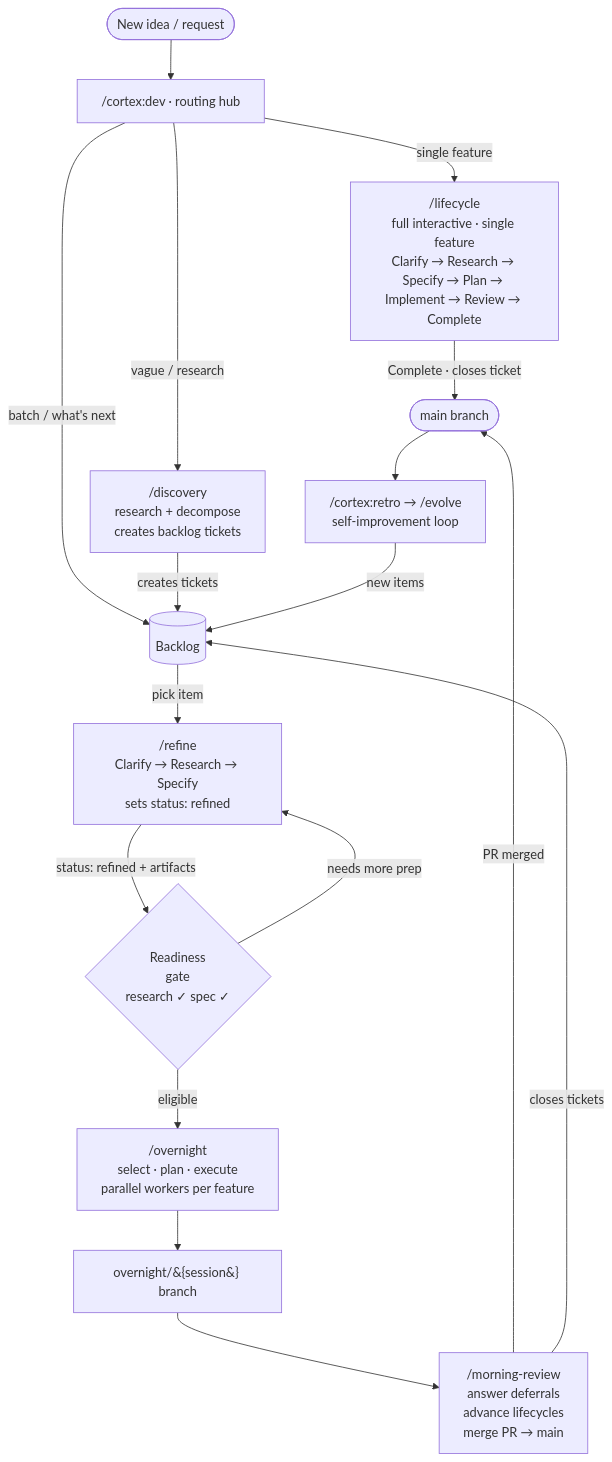
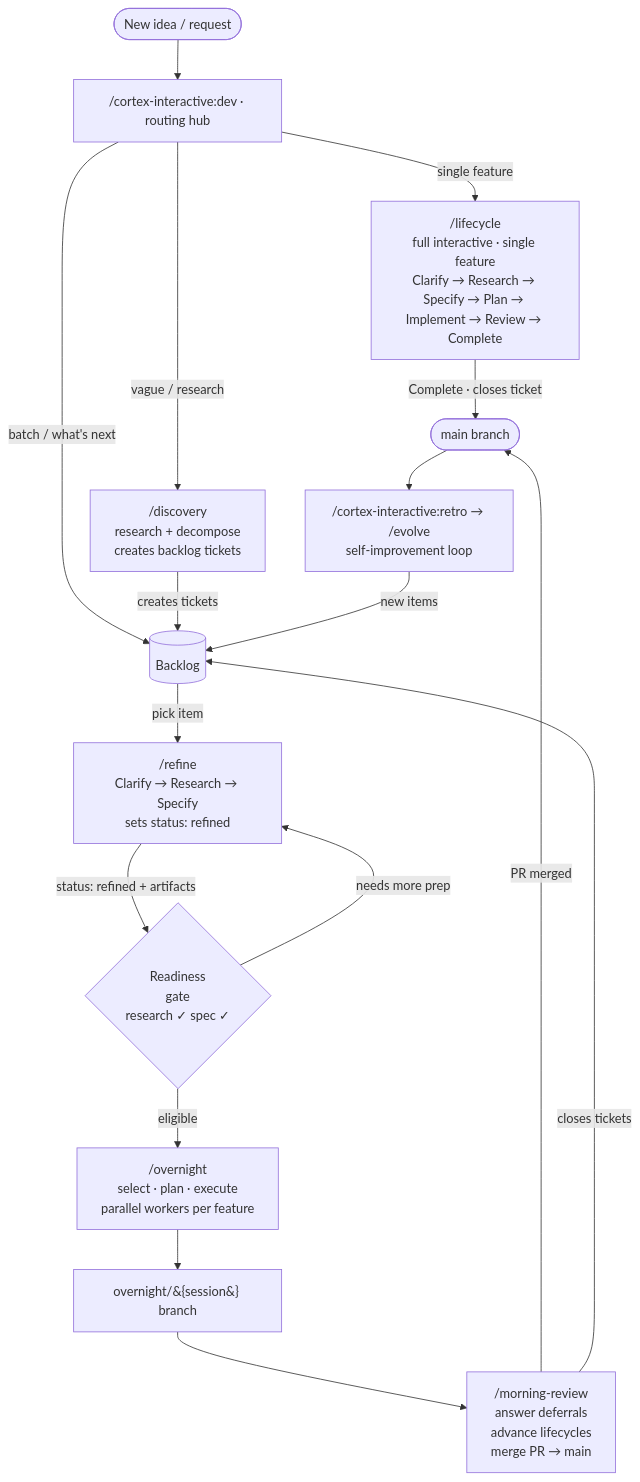
One commit to charleshall888/cortex-command changed the diagram in docs/agentic-layer.md. Above: the diagram before and after it, drawn with Mermaid. The commit also changed other lines of this file and 76 other files, not shown here.

````diff
--- a/docs/agentic-layer.md
+++ b/docs/agentic-layer.md
@@ -72,43 +72,43 @@
 ```mermaid
 graph TD
     START([New idea / request])
-    DEV["/cortex:dev · routing hub"]
+    DEV["/cortex-interactive:dev · routing hub"]
 
     LC["/lifecycle\nfull interactive · single feature\nClarify → Research → Specify → Plan → Implement → Review → Complete"]
     DISC["/discovery\nresearch + decompose\ncreates backlog tickets"]
     BACKLOG[("Backlog")]
 
     REFINE["/refine\nClarify → Research → Specify\nsets status: refined"]
     GATE{"Readiness\ngate\nresearch ✓  spec ✓"}
 
     OVN["/overnight\nselect · plan · execute\nparallel workers per feature"]
     INTBR["overnight/&#123;session&#125; branch"]
 
     MR["/morning-review\nanswer deferrals\nadvance lifecycles\nmerge PR → main"]
 
-    EVOLVE["/cortex:retro → /evolve\nself-improvement loop"]
+    EVOLVE["/cortex-interactive:retro → /evolve\nself-improvement loop"]
 
     MAIN([main branch])
 
     START --> DEV
     DEV -->|"single feature"| LC
     DEV -->|"vague / research"| DISC
     DEV -->|"batch / what's next"| BACKLOG
 
     DISC -->|"creates tickets"| BACKLOG
 
     BACKLOG -->|"pick item"| REFINE
     REFINE -->|"status: refined + artifacts"| GATE
     GATE -->|"eligible"| OVN
     GATE -->|"needs more prep"| REFINE
 
     OVN --> INTBR
     INTBR --> MR
     MR -->|"PR merged"| MAIN
     MR -->|"closes tickets"| BACKLOG
 
     LC -->|"Complete · closes ticket"| MAIN
 
     MAIN --> EVOLVE
     EVOLVE -->|"new items"| BACKLOG
 ```
````
